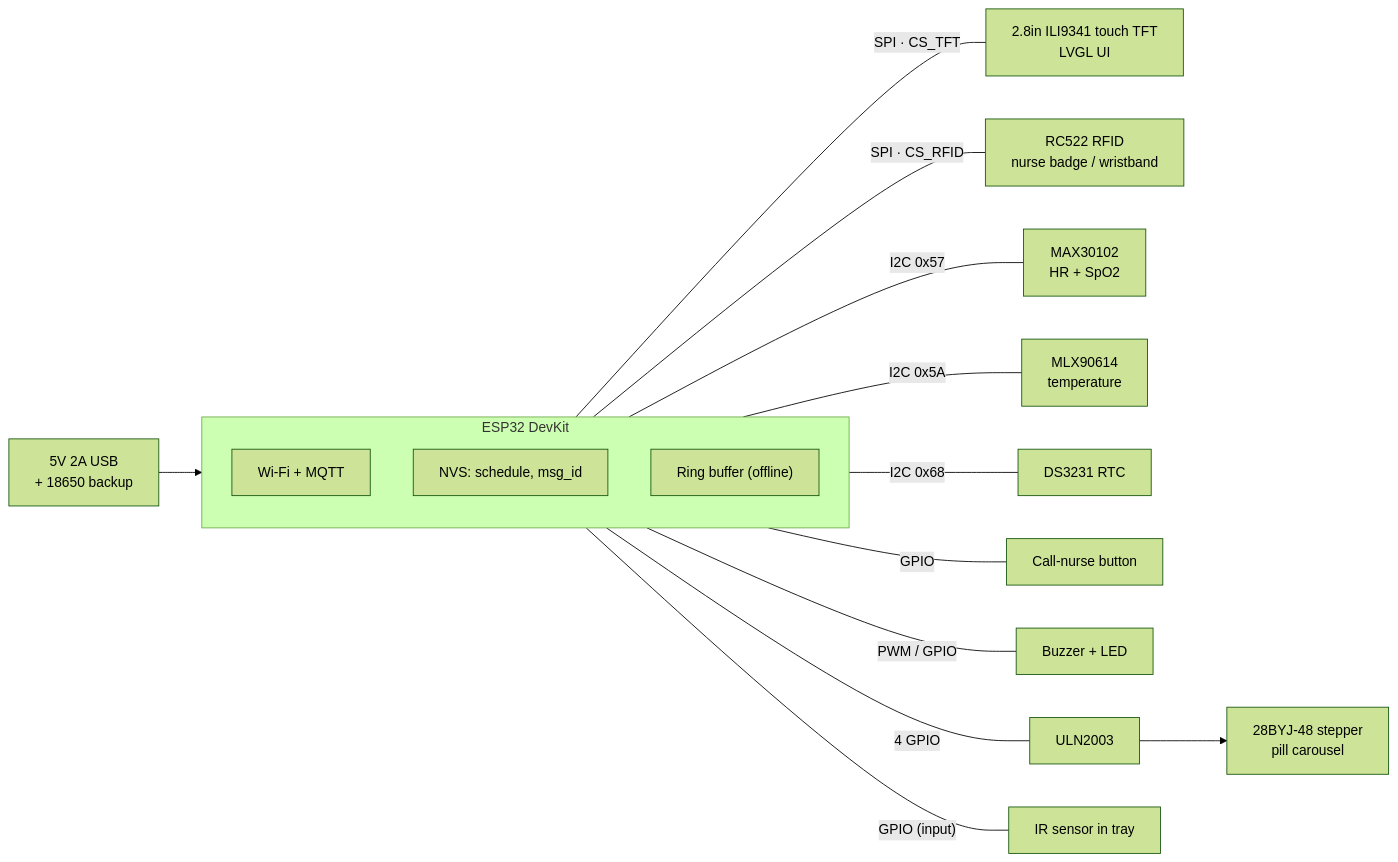
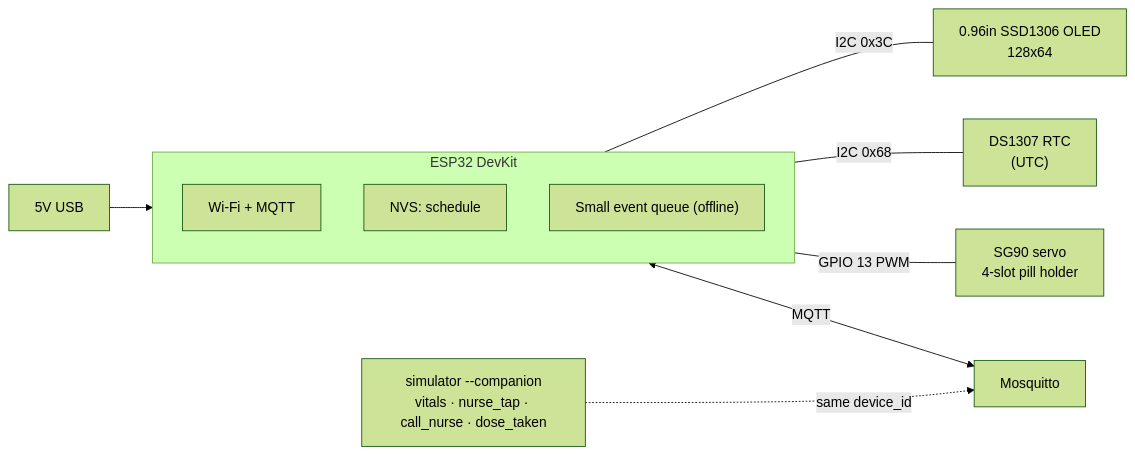
Before and after one commit to Faouzi-Blibech/smarty-hospital-: the fourth of 5 diagrams in docs/architecture.md, drawn with Mermaid (forest theme). The commit also changed other lines of this file and 9 other files, not shown here.

First line of the commit message:
docs: reduced bedside hardware (ESP32 + OLED + servo + DS1307, Wokwi)

````diff
--- a/docs/architecture.md
+++ b/docs/architecture.md
@@ -155,19 +160,15 @@
 ```mermaid
 flowchart LR
-  PWR["5V 2A USB<br/>+ 18650 backup"] --> ESP
+  PWR["5V USB"] --> ESP
   subgraph ESP["ESP32 DevKit"]
     direction TB
     WIFI["Wi-Fi + MQTT"]
-    NVS["NVS: schedule, msg_id"]
-    RB["Ring buffer (offline)"]
+    NVS["NVS: schedule"]
+    Q["Small event queue (offline)"]
   end
-  ESP ---|"SPI · CS_TFT"| TFT["2.8in ILI9341 touch TFT<br/>LVGL UI"]
-  ESP ---|"SPI · CS_RFID"| RFID["RC522 RFID<br/>nurse badge / wristband"]
-  ESP ---|"I2C 0x57"| MAX["MAX30102<br/>HR + SpO2"]
-  ESP ---|"I2C 0x5A"| MLX["MLX90614<br/>temperature"]
-  ESP ---|"I2C 0x68"| RTC["DS3231 RTC"]
-  ESP ---|GPIO| BTN["Call-nurse button"]
-  ESP ---|"PWM / GPIO"| BZ["Buzzer + LED"]
-  ESP ---|"4 GPIO"| ULN["ULN2003"] --> STEP["28BYJ-48 stepper<br/>pill carousel"]
-  ESP ---|"GPIO (input)"| IR["IR sensor in tray"]
+  ESP ---|"I2C 0x3C"| OLED["0.96in SSD1306 OLED<br/>128x64"]
+  ESP ---|"I2C 0x68"| RTC["DS1307 RTC<br/>(UTC)"]
+  ESP ---|"GPIO 13 PWM"| SERVO["SG90 servo<br/>4-slot pill holder"]
+  SIM["simulator --companion<br/>vitals · nurse_tap · call_nurse · dose_taken"] -.->|"same device_id"| MQ[Mosquitto]
+  ESP <-->|MQTT| MQ
 ```
````
